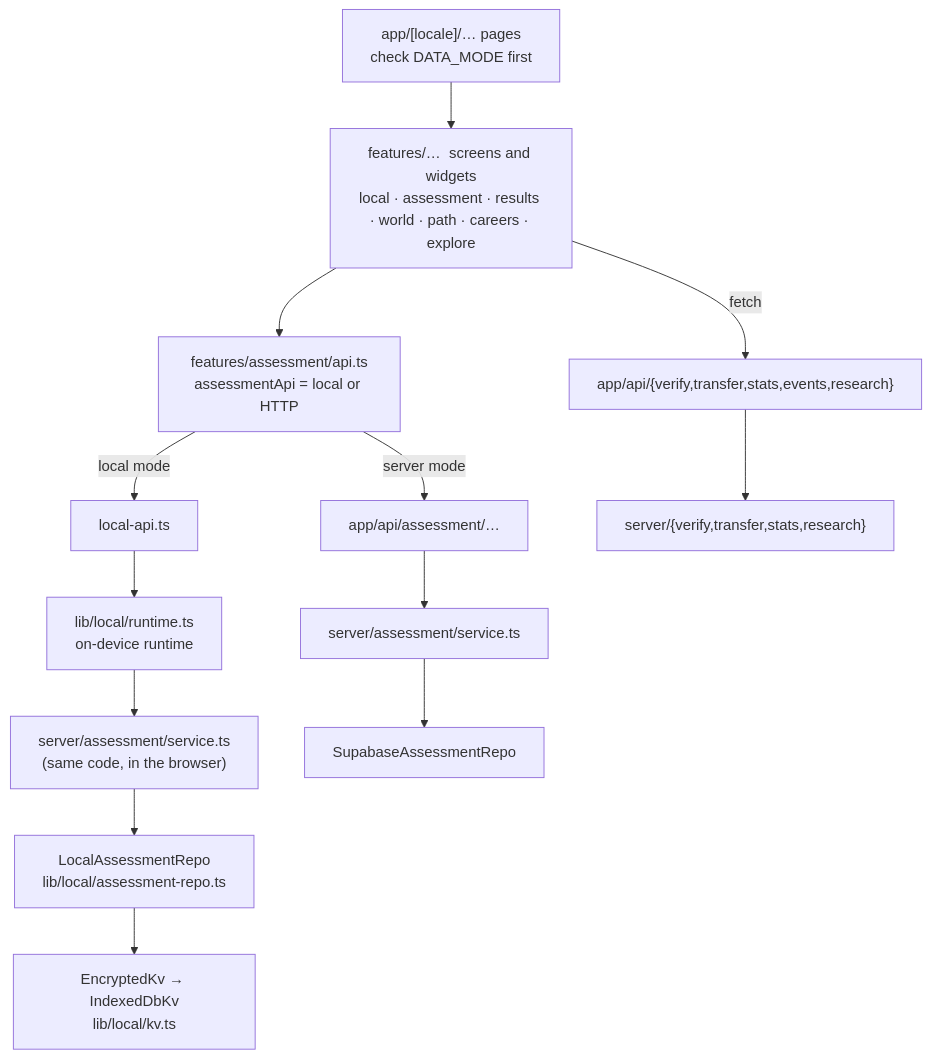
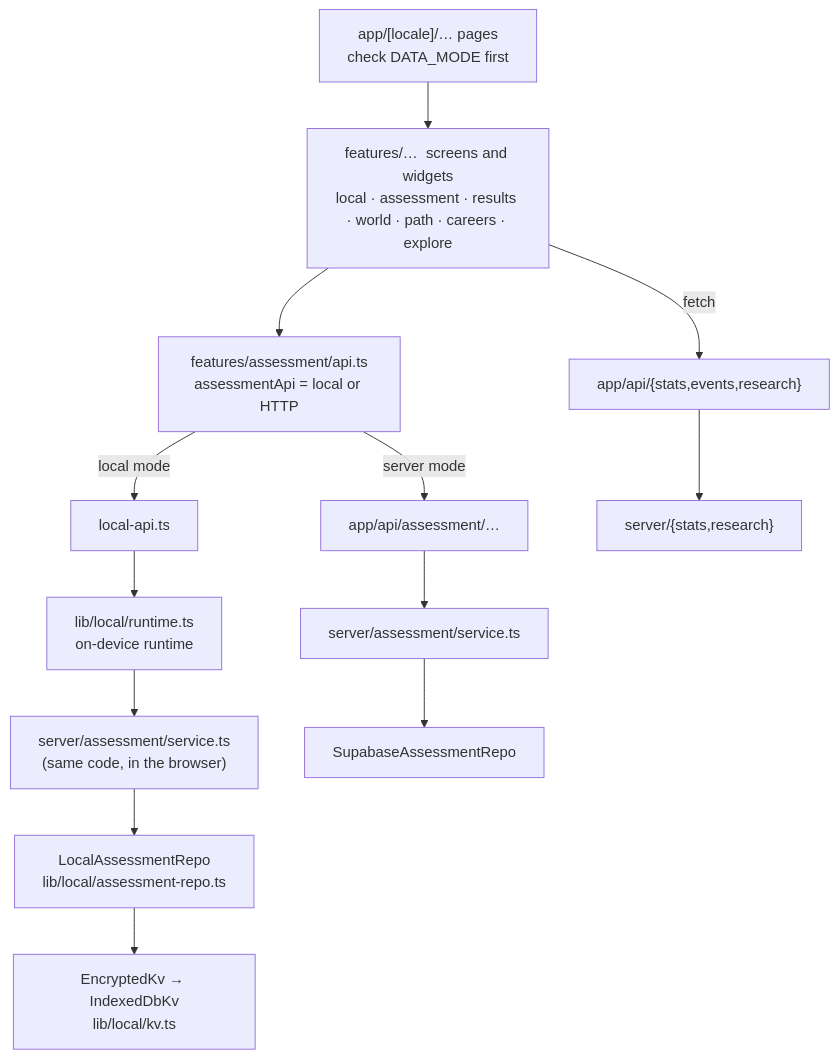
The second of 2 diagrams in docs/system/connections.md (geomagdy95-netizen/anaBokra), drawn with Mermaid before and after one commit. The commit also changed other lines of this file and 46 other files, not shown here.

````diff
--- a/docs/system/connections.md
+++ b/docs/system/connections.md
@@ -38,13 +38,13 @@
 ```mermaid
 flowchart TB
     pages["app/[locale]/…  pages<br/>check DATA_MODE first"] --> features["features/…  screens and widgets<br/>local · assessment · results · world · path · careers · explore"]
     features --> api["features/assessment/api.ts<br/>assessmentApi = local or HTTP"]
     api -- "local mode" --> localapi["local-api.ts"] --> runtime["lib/local/runtime.ts<br/>on-device runtime"]
     api -- "server mode" --> routes["app/api/assessment/…"] --> svcS["server/assessment/service.ts"]
     runtime --> svcL["server/assessment/service.ts<br/>(same code, in the browser)"]
     svcL --> repoL["LocalAssessmentRepo<br/>lib/local/assessment-repo.ts"]
     svcS --> repoS["SupabaseAssessmentRepo"]
     repoL --> kv["EncryptedKv → IndexedDbKv<br/>lib/local/kv.ts"]
-    features -- "fetch" --> p1api["app/api/{verify,transfer,stats,events,research}"]
-    p1api --> p1svc["server/{verify,transfer,stats,research}"]
+    features -- "fetch" --> p1api["app/api/{stats,events,research}"]
+    p1api --> p1svc["server/{stats,research}"]
 ```
````
